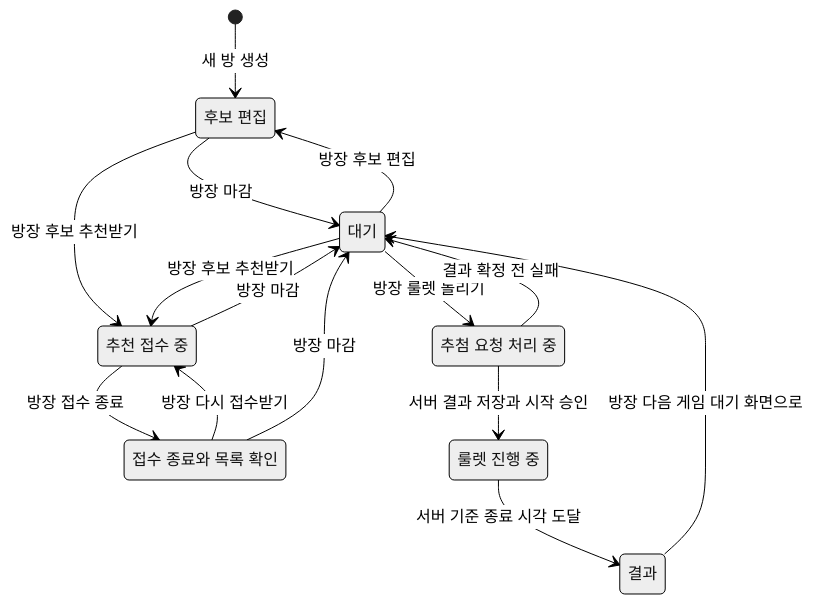
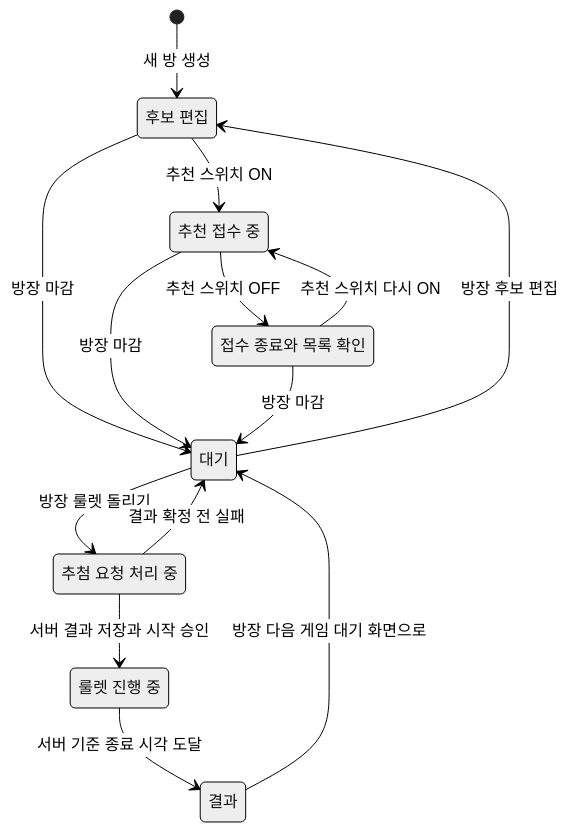
The diagram in docs/features/game-screen-lifecycle.md (acee90/random-number-generator), drawn with Mermaid (neutral theme) before and after one commit. The commit also changed other lines of this file and 86 other files, not shown here.

````diff
--- a/docs/features/game-screen-lifecycle.md
+++ b/docs/features/game-screen-lifecycle.md
@@ -64,25 +79,24 @@
 ```mermaid
 stateDiagram-v2
     state "후보 편집" as Editing
     state "대기" as Waiting
     state "추천 접수 중" as Collecting
     state "접수 종료와 목록 확인" as Reviewing
     state "추첨 요청 처리 중" as Fetching
     state "룰렛 진행 중" as Drawing
     state "결과" as Result
 
     [*] --> Editing: 새 방 생성
     Editing --> Waiting: 방장 마감
     Waiting --> Editing: 방장 후보 편집
-    Editing --> Collecting: 방장 후보 추천받기
-    Waiting --> Collecting: 방장 후보 추천받기
-    Collecting --> Reviewing: 방장 접수 종료
-    Reviewing --> Collecting: 방장 다시 접수받기
+    Editing --> Collecting: 추천 스위치 ON
+    Collecting --> Reviewing: 추천 스위치 OFF
+    Reviewing --> Collecting: 추천 스위치 다시 ON
     Collecting --> Waiting: 방장 마감
     Reviewing --> Waiting: 방장 마감
     Waiting --> Fetching: 방장 룰렛 돌리기
     Fetching --> Drawing: 서버 결과 저장과 시작 승인
     Fetching --> Waiting: 결과 확정 전 실패
     Drawing --> Result: 서버 기준 종료 시각 도달
     Result --> Waiting: 방장 다음 게임 대기 화면으로
 ```
````
